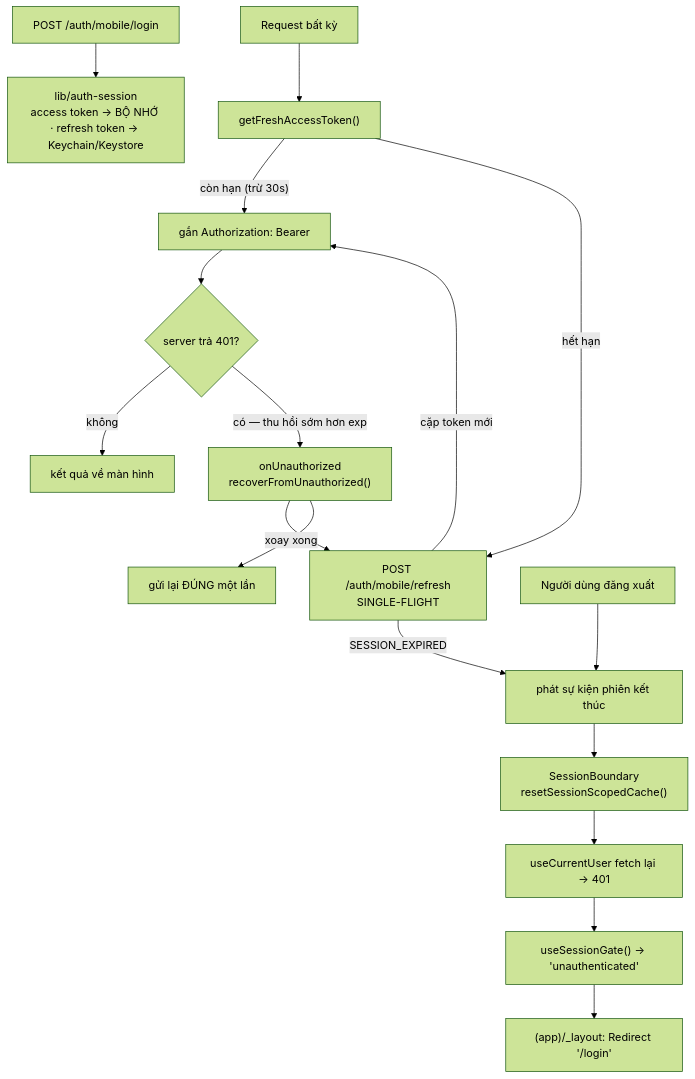
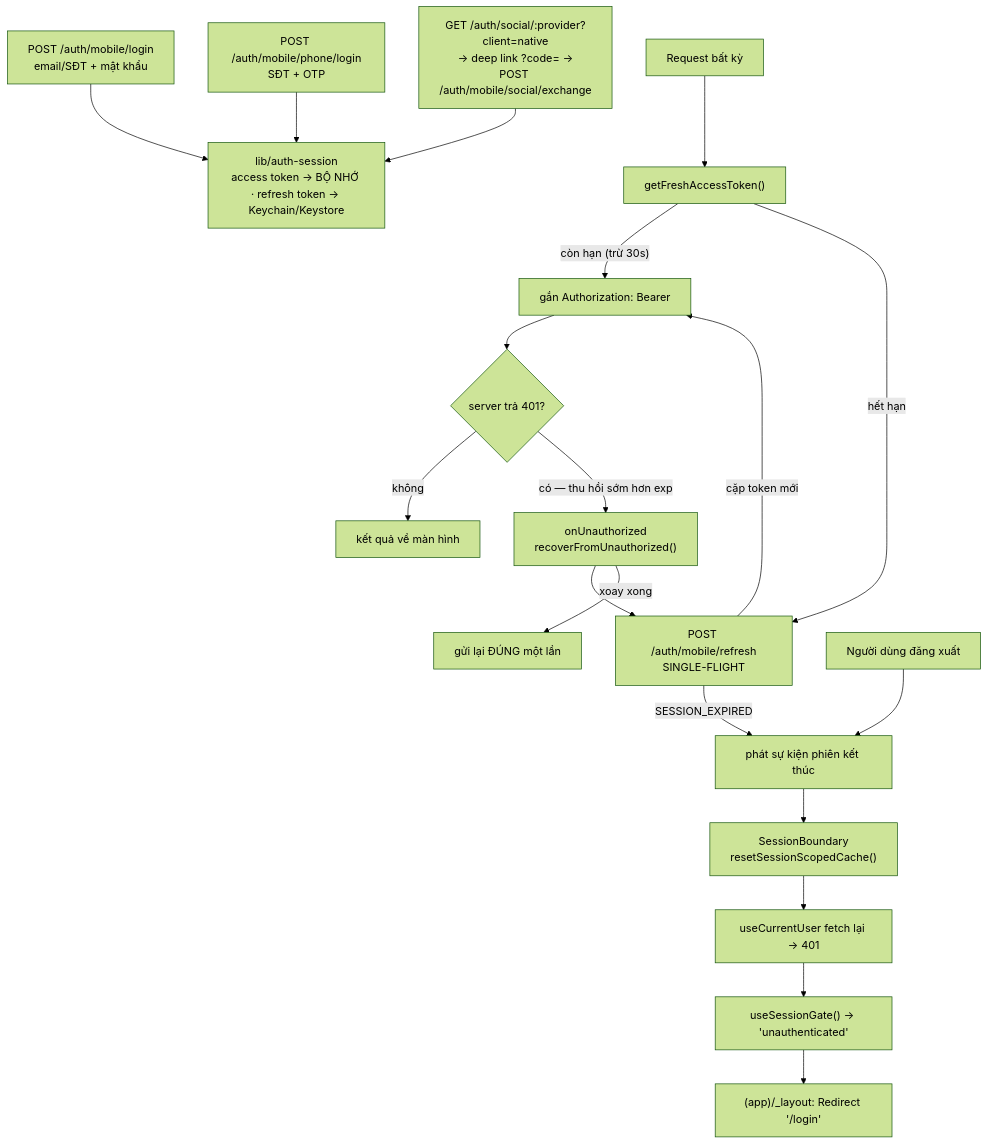
Before and after one commit to daihanhbvt/xeprime: the fourth of 4 diagrams in apps/mobile/README.md, drawn with Mermaid (forest theme). The commit also changed other lines of this file and 60 other files, not shown here.

Commit message:
feat(mobile): add OTP and social login

````diff
--- a/apps/mobile/README.md
+++ b/apps/mobile/README.md
@@ -244,19 +284,22 @@
 ```mermaid
 flowchart TD
-  L["POST /auth/mobile/login"] --> T["lib/auth-session<br/>access token → BỘ NHỚ · refresh token → Keychain/Keystore"]
+  L1["POST /auth/mobile/login<br/>email/SĐT + mật khẩu"] --> T
+  L2["POST /auth/mobile/phone/login<br/>SĐT + OTP"] --> T
+  L3["GET /auth/social/:provider?client=native<br/>→ deep link ?code= →<br/>POST /auth/mobile/social/exchange"] --> T
+  T["lib/auth-session<br/>access token → BỘ NHỚ · refresh token → Keychain/Keystore"]
   R["Request bất kỳ"] --> G["getFreshAccessToken()"]
   G -->|"còn hạn (trừ 30s)"| H["gắn Authorization: Bearer"]
   G -->|"hết hạn"| F["POST /auth/mobile/refresh<br/>SINGLE-FLIGHT"]
   F -->|"cặp token mới"| H
   H --> V{"server trả 401?"}
   V -->|không| OK["kết quả về màn hình"]
   V -->|"có — thu hồi sớm hơn exp"| U["onUnauthorized<br/>recoverFromUnauthorized()"]
   U --> F
   U -->|"xoay xong"| RETRY["gửi lại ĐÚNG một lần"]
   F -->|"SESSION_EXPIRED"| E["phát sự kiện phiên kết thúc"]
   O["Người dùng đăng xuất"] --> E
   E --> B["SessionBoundary<br/>resetSessionScopedCache()"]
   B --> Q["useCurrentUser fetch lại → 401"]
   Q --> S["useSessionGate() → 'unauthenticated'"]
   S --> N["(app)/_layout: Redirect '/login'"]
 ```
````
